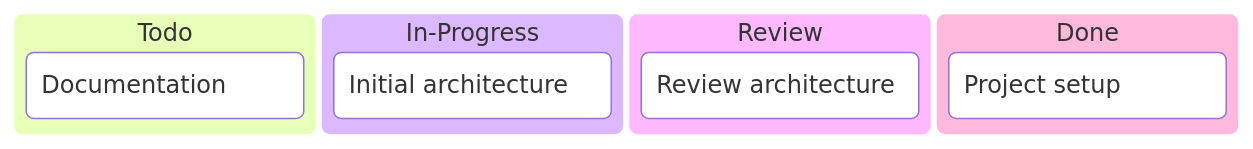
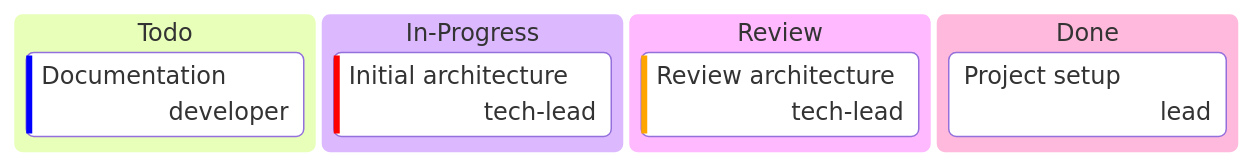
Before and after one commit to Katty-Fashion/kf-cpto: the diagram in docs/_projects/Aladin-01.md, drawn with Mermaid. The commit also changed other lines of this file and 5 other files, not shown here.

````diff
--- a/docs/_projects/Aladin-01.md
+++ b/docs/_projects/Aladin-01.md
@@ -28,11 +28,11 @@
 ```mermaid
 kanban
   Todo
-    t4[Documentation]
+    t4[Documentation]@{ priority: 'Low', assigned: 'developer' }
   In-Progress
-    t2[Initial architecture]
+    t2[Initial architecture]@{ priority: 'Very High', assigned: 'tech-lead' }
   Review
-    t3[Review architecture]
+    t3[Review architecture]@{ priority: 'High', assigned: 'tech-lead' }
   Done
-    t1[Project setup]
+    t1[Project setup]@{ assigned: 'lead' }
 ```
````
